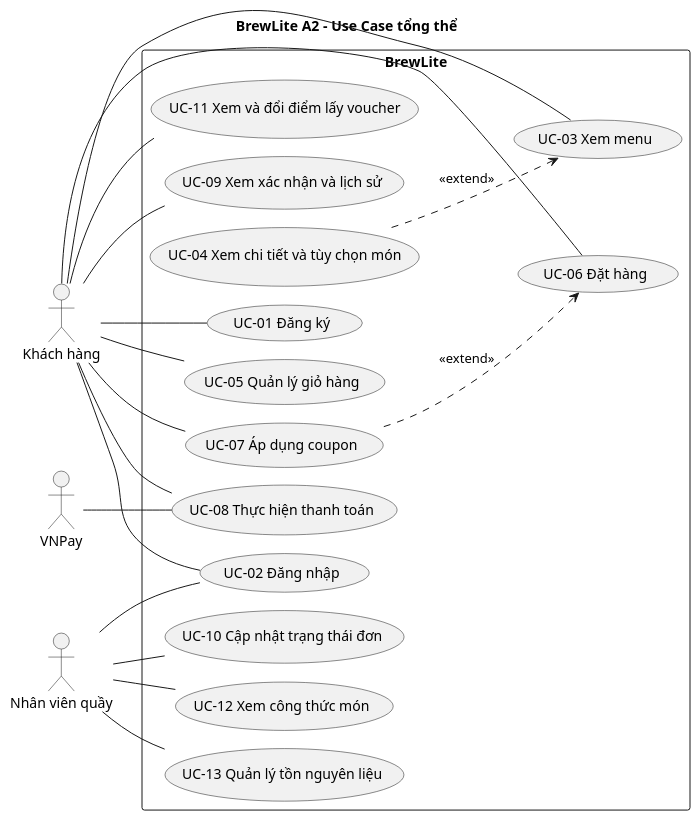
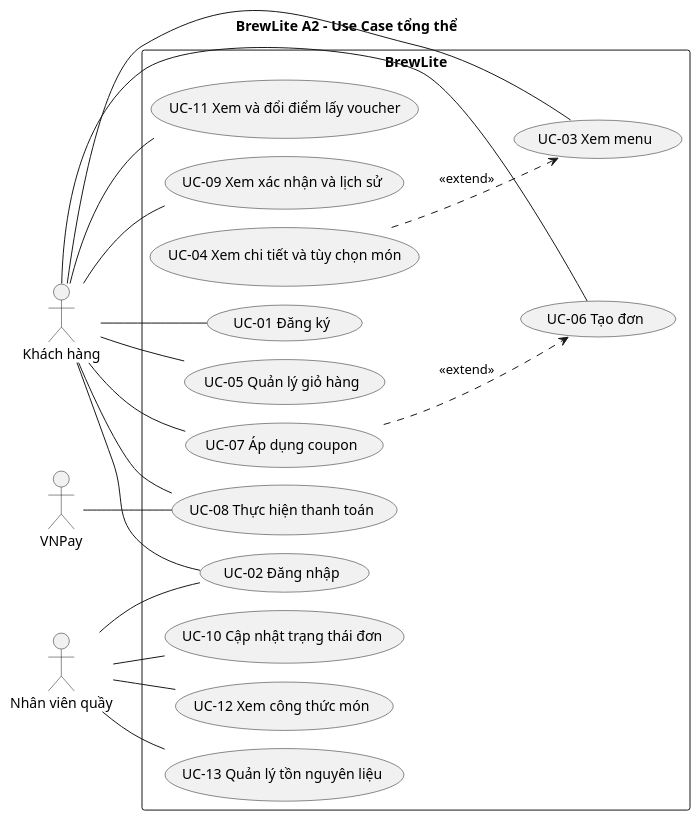
Before and after one commit to Fatcatmmb-sudo/BrewLite_A2: the diagram in docs/diagrams/use-case-overview.puml, drawn with PlantUML. The commit also changed 22 other files, not shown here.

Commit message:
docs(requirements): dong bo ten UC-06 Tao don va cap nhat diagrams lien quan

```diff
--- a/docs/diagrams/use-case-overview.puml
+++ b/docs/diagrams/use-case-overview.puml
@@ -1,41 +1,41 @@
 @startuml
 !pragma layout smetana
 left to right direction
 title BrewLite A2 - Use Case tổng thể
 skinparam defaultFontName Arial
 skinparam shadowing false
 actor "Khách hàng" as Customer
 actor "Nhân viên quầy" as Staff
 actor "VNPay" as Gateway
 rectangle "BrewLite" {
   usecase "UC-01 Đăng ký" as UC01
   usecase "UC-02 Đăng nhập" as UC02
   usecase "UC-03 Xem menu" as UC03
   usecase "UC-04 Xem chi tiết và tùy chọn món" as UC04
   usecase "UC-05 Quản lý giỏ hàng" as UC05
-  usecase "UC-06 Đặt hàng" as UC06
+  usecase "UC-06 Tạo đơn" as UC06
   usecase "UC-07 Áp dụng coupon" as UC07
   usecase "UC-08 Thực hiện thanh toán" as UC08
   usecase "UC-09 Xem xác nhận và lịch sử" as UC09
   usecase "UC-10 Cập nhật trạng thái đơn" as UC10
   usecase "UC-11 Xem và đổi điểm lấy voucher" as UC11
   usecase "UC-12 Xem công thức món" as UC12
   usecase "UC-13 Quản lý tồn nguyên liệu" as UC13
 }
 Customer -- UC01
 Customer -- UC02
 Customer -- UC03
 Customer -- UC05
 Customer -- UC06
 Customer -- UC07
 Customer -- UC08
 Customer -- UC09
 Customer -- UC11
 Staff -- UC02
 Staff -- UC10
 Staff -- UC12
 Staff -- UC13
 Gateway -- UC08
 UC04 ..> UC03 : <<extend>>
 UC07 ..> UC06 : <<extend>>
 @enduml
```
